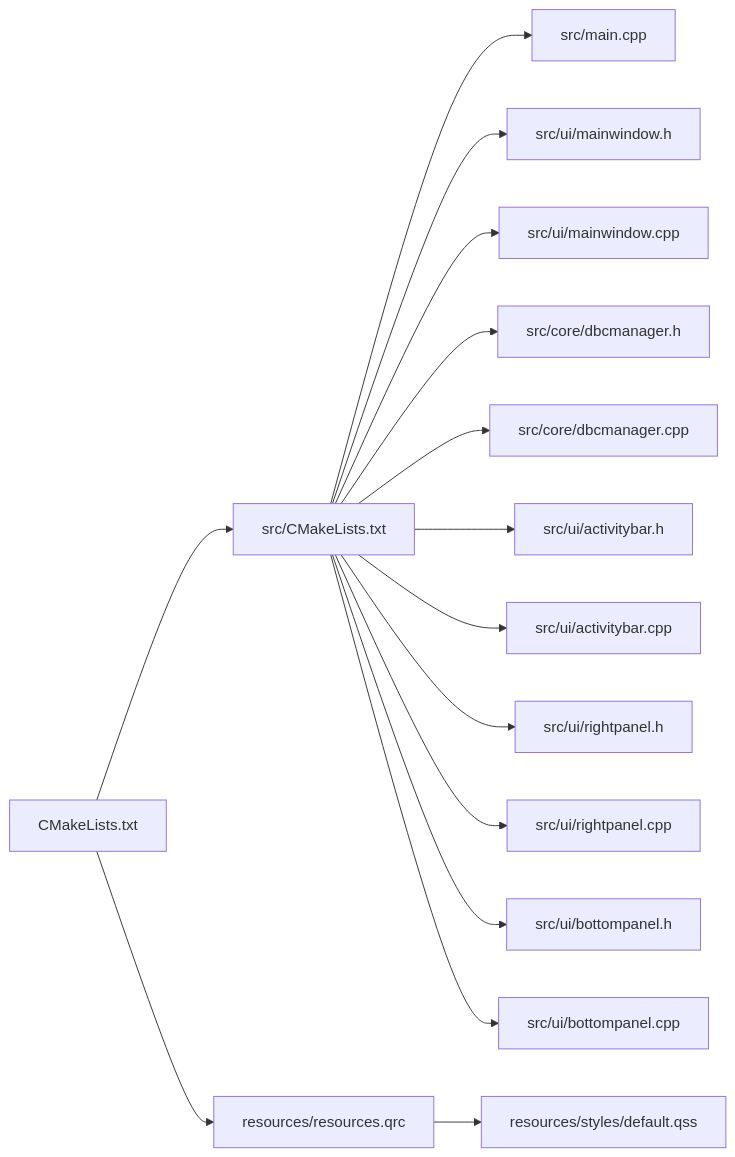
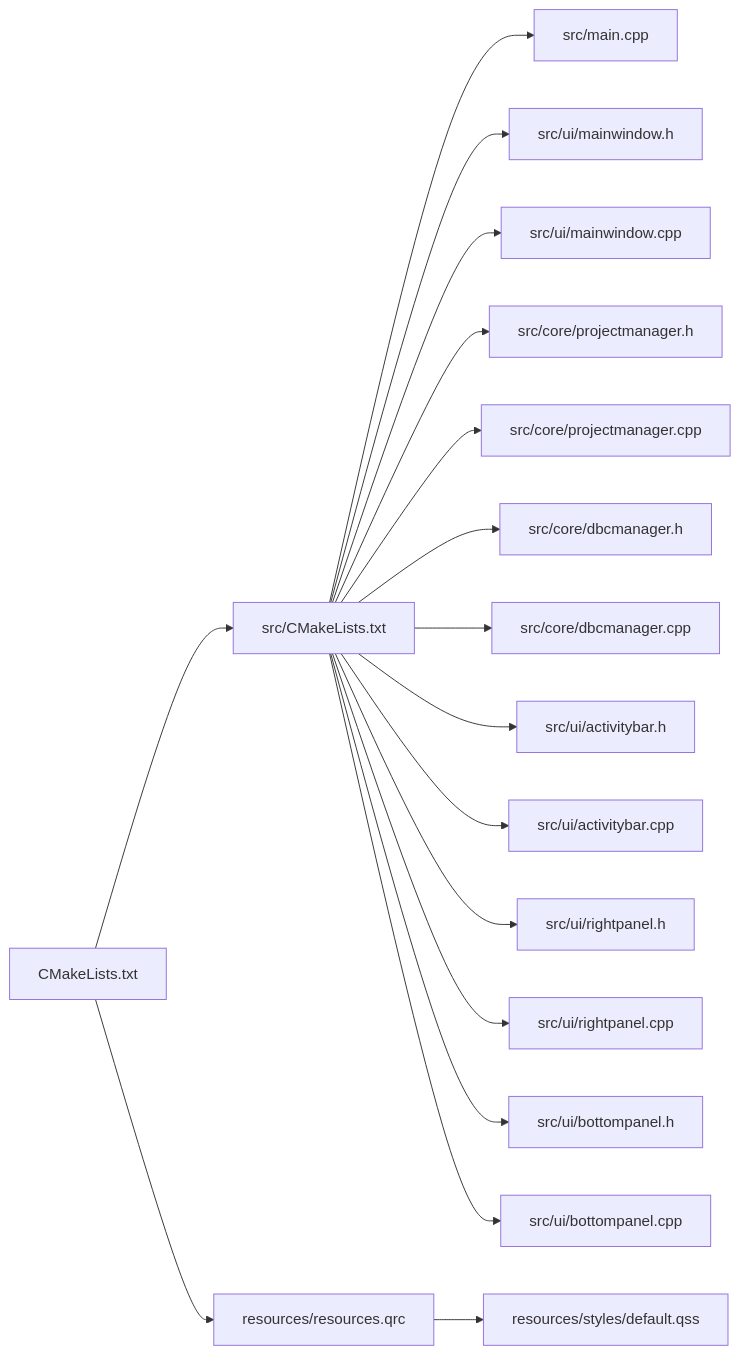
The seventh of 7 diagrams in .qoder/repowiki/zh/content/核心模块详解/主窗口组件.md (jakecai1225-design/OpenBus), drawn with Mermaid before and after one commit. The commit also changed other lines of this file and 18 other files, not shown here.

````diff
--- a/.qoder/repowiki/zh/content/核心模块详解/主窗口组件.md
+++ b/.qoder/repowiki/zh/content/核心模块详解/主窗口组件.md
@@ -339,17 +449,19 @@
 ```mermaid
 graph LR
 CMake["CMakeLists.txt"] --> SrcCMake["src/CMakeLists.txt"]
 SrcCMake --> MainCPP["src/main.cpp"]
 SrcCMake --> MW_H["src/ui/mainwindow.h"]
 SrcCMake --> MW_CPP["src/ui/mainwindow.cpp"]
+SrcCMake --> PM_H["src/core/projectmanager.h"]
+SrcCMake --> PM_CPP["src/core/projectmanager.cpp"]
 SrcCMake --> DBM_H["src/core/dbcmanager.h"]
 SrcCMake --> DBM_CPP["src/core/dbcmanager.cpp"]
 SrcCMake --> ACT_H["src/ui/activitybar.h"]
 SrcCMake --> ACT_CPP["src/ui/activitybar.cpp"]
 SrcCMake --> RP_H["src/ui/rightpanel.h"]
 SrcCMake --> RP_CPP["src/ui/rightpanel.cpp"]
 SrcCMake --> BP_H["src/ui/bottompanel.h"]
 SrcCMake --> BP_CPP["src/ui/bottompanel.cpp"]
 CMake --> QRC["resources/resources.qrc"]
 QRC --> QSS["resources/styles/default.qss"]
 ```
````
